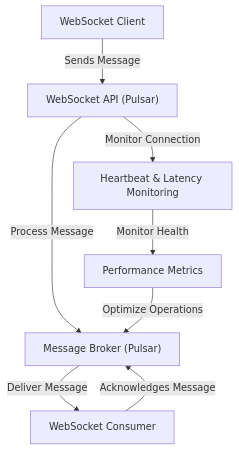
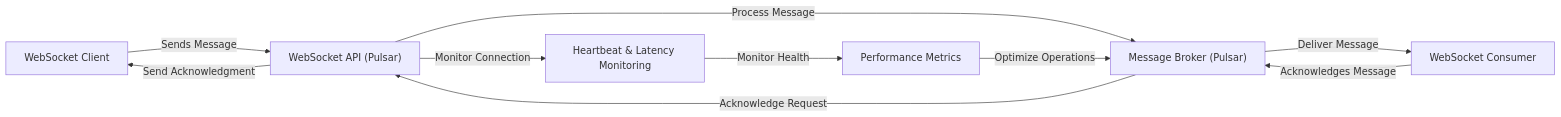
The diagram in README.md (kartheekmedathati/simple_pulsar_example), drawn with Mermaid before and after one commit.

````diff
--- a/README.md
+++ b/README.md
@@ -4,10 +4,12 @@
 ```mermaid
-graph TD;
+graph LR;
     A[WebSocket Client] -->|Sends Message| B["WebSocket API (Pulsar)"];
     B -->|Process Message| C["Message Broker (Pulsar)"];
     C -->|Deliver Message| D[WebSocket Consumer];
     D -->|Acknowledges Message| C;
+    C -->|Acknowledge Request| B;
+    B -->|Send Acknowledgment| A;
     B -->|Monitor Connection| E[Heartbeat & Latency Monitoring];
     E -->|Monitor Health| F[Performance Metrics];
     F -->|Optimize Operations| C;
 ```
````
